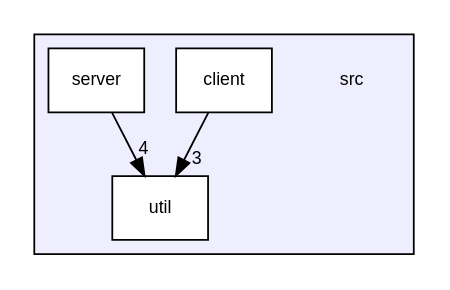
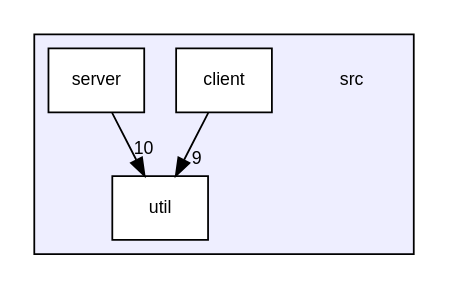
The diagram in dir_68267d1309a1af8e8297ef4c3efbcdba_dep.dot (ctrlMarcio/feup-sope-proj2), drawn with Graphviz before and after one commit. The commit also changed 115 other files, not shown here.

```diff
--- a/dir_68267d1309a1af8e8297ef4c3efbcdba_dep.dot
+++ b/dir_68267d1309a1af8e8297ef4c3efbcdba_dep.dot
@@ -1,14 +1,14 @@
 digraph "/home/runner/work/feup-sope-proj2/feup-sope-proj2/src" {
   compound=true
   node [ fontsize="10", fontname="Helvetica"];
   edge [ labelfontsize="10", labelfontname="Helvetica"];
   subgraph clusterdir_68267d1309a1af8e8297ef4c3efbcdba {
     graph [ bgcolor="#eeeeff", pencolor="black", label="" URL="dir_68267d1309a1af8e8297ef4c3efbcdba.html"];
     dir_68267d1309a1af8e8297ef4c3efbcdba [shape=plaintext label="src"];
     dir_6908ff505388a07996d238c763adbdab [shape=box label="client" color="black" fillcolor="white" style="filled" URL="dir_6908ff505388a07996d238c763adbdab.html"];
     dir_075bb3ff235063c77951cd176d15a741 [shape=box label="server" color="black" fillcolor="white" style="filled" URL="dir_075bb3ff235063c77951cd176d15a741.html"];
     dir_b7878ad5ecbf2506f4125b9d34c97e45 [shape=box label="util" color="black" fillcolor="white" style="filled" URL="dir_b7878ad5ecbf2506f4125b9d34c97e45.html"];
   }
-  dir_075bb3ff235063c77951cd176d15a741->dir_b7878ad5ecbf2506f4125b9d34c97e45 [headlabel="4", labeldistance=1.5 headhref="dir_000002_000003.html"];
-  dir_6908ff505388a07996d238c763adbdab->dir_b7878ad5ecbf2506f4125b9d34c97e45 [headlabel="3", labeldistance=1.5 headhref="dir_000001_000003.html"];
+  dir_075bb3ff235063c77951cd176d15a741->dir_b7878ad5ecbf2506f4125b9d34c97e45 [headlabel="10", labeldistance=1.5 headhref="dir_000002_000003.html"];
+  dir_6908ff505388a07996d238c763adbdab->dir_b7878ad5ecbf2506f4125b9d34c97e45 [headlabel="9", labeldistance=1.5 headhref="dir_000001_000003.html"];
 }
```
